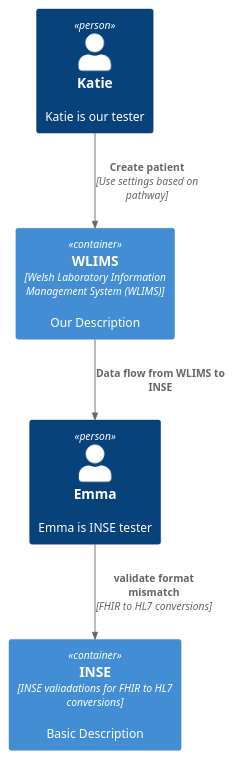
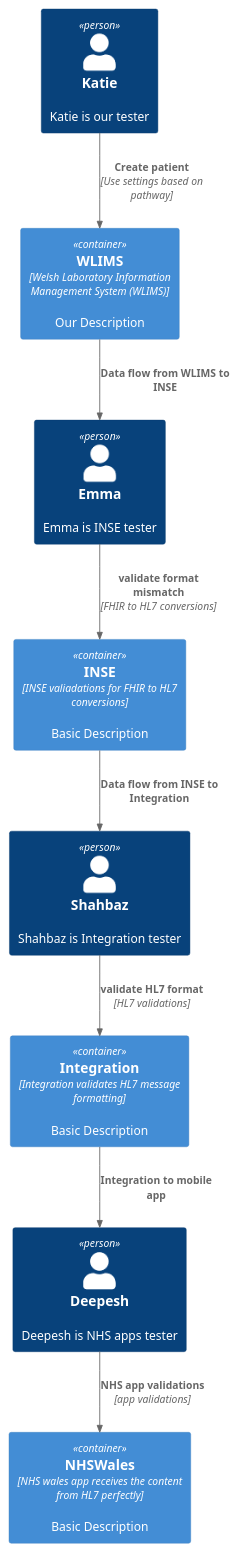
One commit to Work-In-Progress-For-Health/testing changed the diagram in diagrams/welsh-laboratory-management-information-system--to-patient-mobile-app/c4-model/c4-model-context-diagram/c4-model-context-diagram.plantuml. Above: the diagram before and after it, drawn with PlantUML. The commit also changed 1 other file, not shown here.

Commit message:
Update basic image

```diff
--- a/diagrams/welsh-laboratory-management-information-system--to-patient-mobile-app/c4-model/c4-model-context-diagram/c4-model-context-diagram.plantuml
+++ b/diagrams/welsh-laboratory-management-information-system--to-patient-mobile-app/c4-model/c4-model-context-diagram/c4-model-context-diagram.plantuml
@@ -1,14 +1,26 @@
 @startuml
 !include <C4/C4_Container>
 Person(katie, "Katie", "Katie is our tester")
 Container(wlims, "WLIMS", "Welsh Laboratory Information Management System (WLIMS)", "Our Description")
 Rel(katie, wlims, "Create patient", "Use settings based on pathway")
 
 
 Person(emma, "Emma", "Emma is INSE tester")
 Container(inse, "INSE", "INSE valiadations for FHIR to HL7 conversions", "Basic Description")
 Rel(emma, inse, "validate format mismatch", "FHIR to HL7 conversions")
 
-Rel(wlims,emma, "Data flow from WLIMS to INSE")
+Rel(wlims, emma, "Data flow from WLIMS to INSE")
+
+Person(shahbaz, "Shahbaz", "Shahbaz is Integration tester")
+Container(integration, "Integration", "Integration validates HL7 message formatting", "Basic Description")
+Rel(shahbaz, integration, "validate HL7 format", "HL7 validations")
+
+Rel(inse, shahbaz, "Data flow from INSE to Integration")
+
+Person(deepesh, "Deepesh", "Deepesh is NHS apps tester")
+Container(nhswales, "NHSWales", "NHS wales app receives the content from HL7 perfectly", "Basic Description")
+Rel(deepesh, nhswales, "NHS app validations", "app validations")
+
+Rel(integration, deepesh, "Integration to mobile app")
 
 @enduml
```
